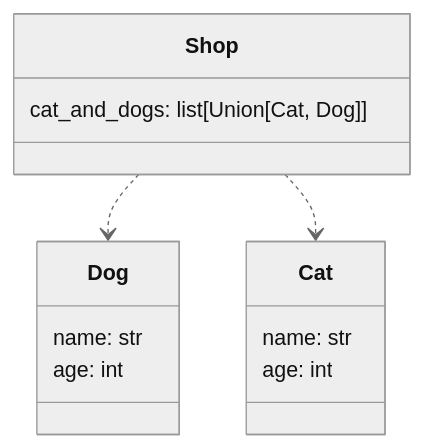
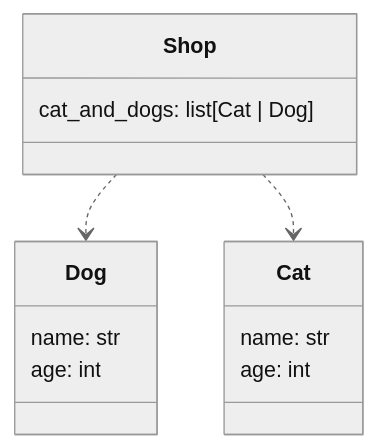
One commit to EricWebsmith/pydantic-2-mermaid changed the diagram in tests/mock/cat_and_dogs.md. Above: the diagram before and after it, drawn with Mermaid (neutral theme). The commit also changed 13 other files, not shown here.

````diff
--- a/tests/mock/cat_and_dogs.md
+++ b/tests/mock/cat_and_dogs.md
@@ -1,21 +1,21 @@
 ```mermaid
 classDiagram
     class Cat {
         name: str
         age: int
     }
 
     class Dog {
         name: str
         age: int
     }
 
     class Shop {
-        cat_and_dogs: list[Union[Cat, Dog]]
+        cat_and_dogs: list[Cat | Dog]
     }
 
 
     Shop ..> Dog
     Shop ..> Cat
 
 ```
````
